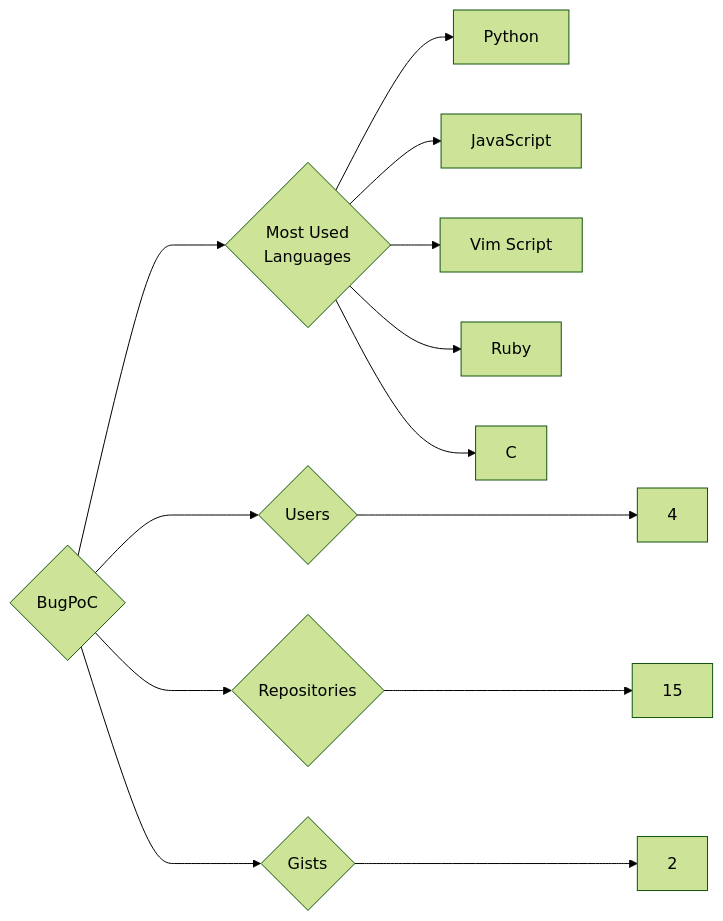
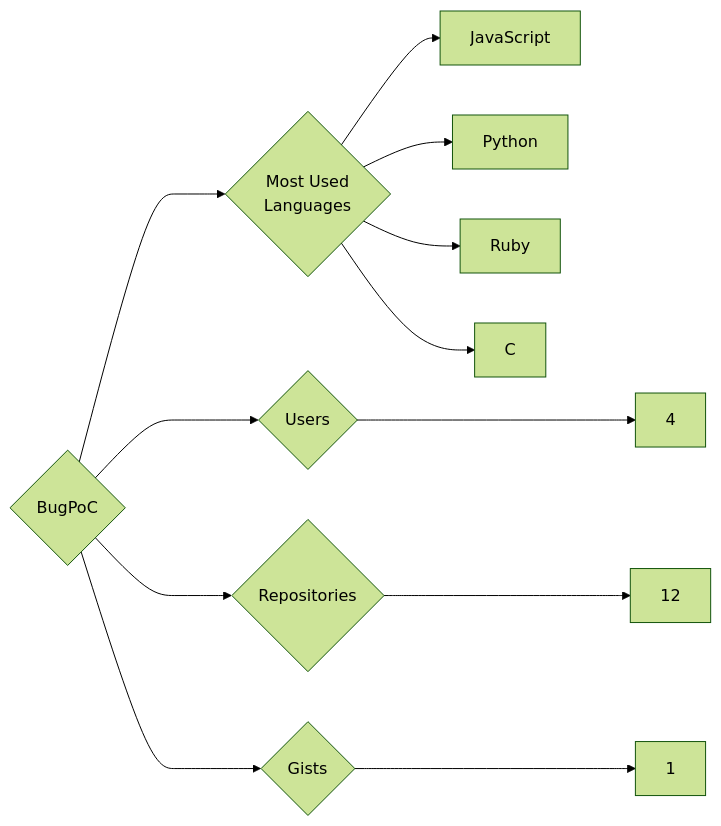
The diagram in targets/BugPoC/README.md (trickest/insiders), drawn with Mermaid (forest theme) before and after one commit. The commit also changed 1238 other files, not shown here.

````diff
--- a/targets/BugPoC/README.md
+++ b/targets/BugPoC/README.md
@@ -3,13 +3,12 @@
 ```mermaid
 graph LR
 COMPANY_NAME{BugPoC}
 COMPANY_NAME ---> U{Users} ---> UN[4]
-COMPANY_NAME ---> R{Repositories} ---> RN[15]
-COMPANY_NAME ---> G{Gists} ---> GN[2]
+COMPANY_NAME ---> R{Repositories} ---> RN[12]
+COMPANY_NAME ---> G{Gists} ---> GN[1]
 COMPANY_NAME ---> ML{Most Used<br>Languages}
+ML --> JavaScript[JavaScript]
 ML --> Python[Python]
-ML --> JavaScript[JavaScript]
-ML --> Vim_Script[Vim Script]
 ML --> Ruby[Ruby]
 ML --> C[C]
 ```
````
